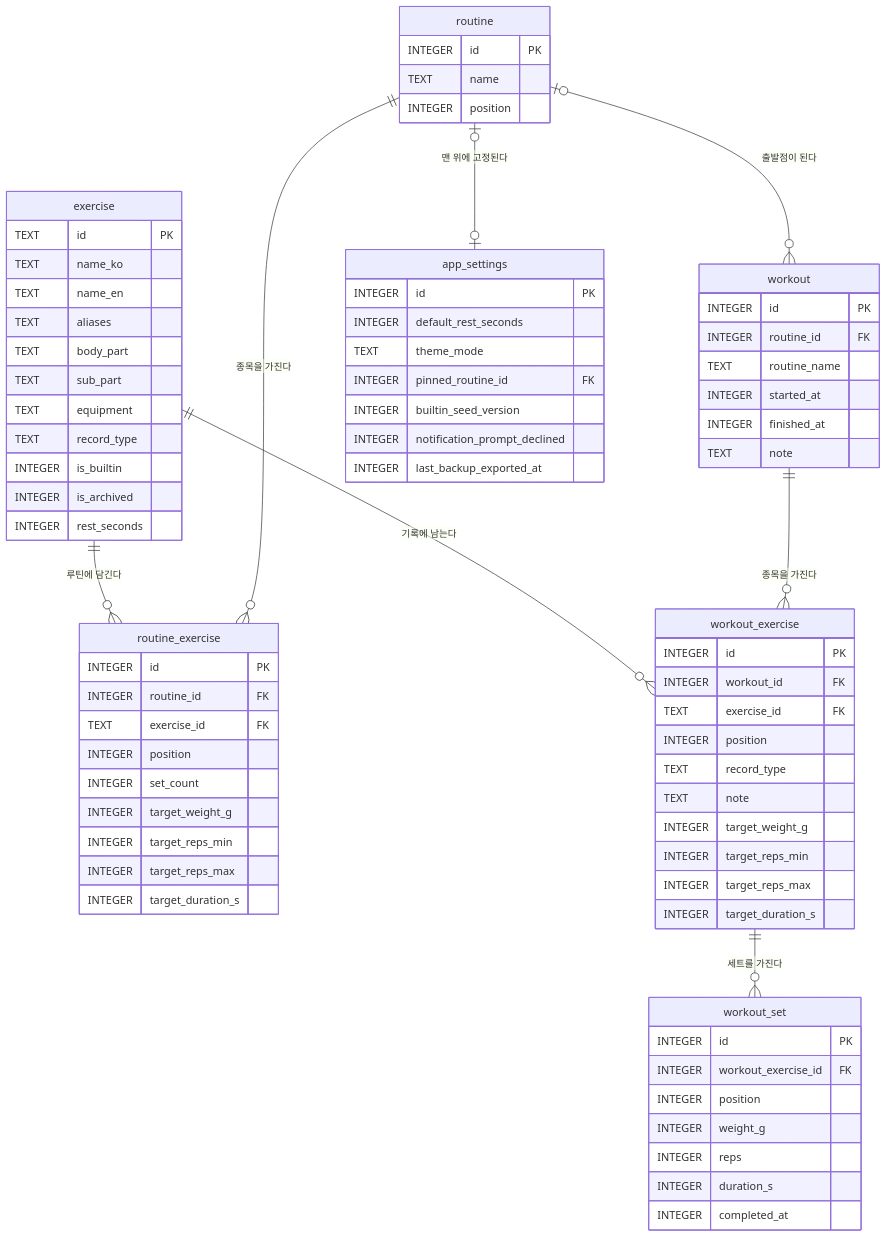
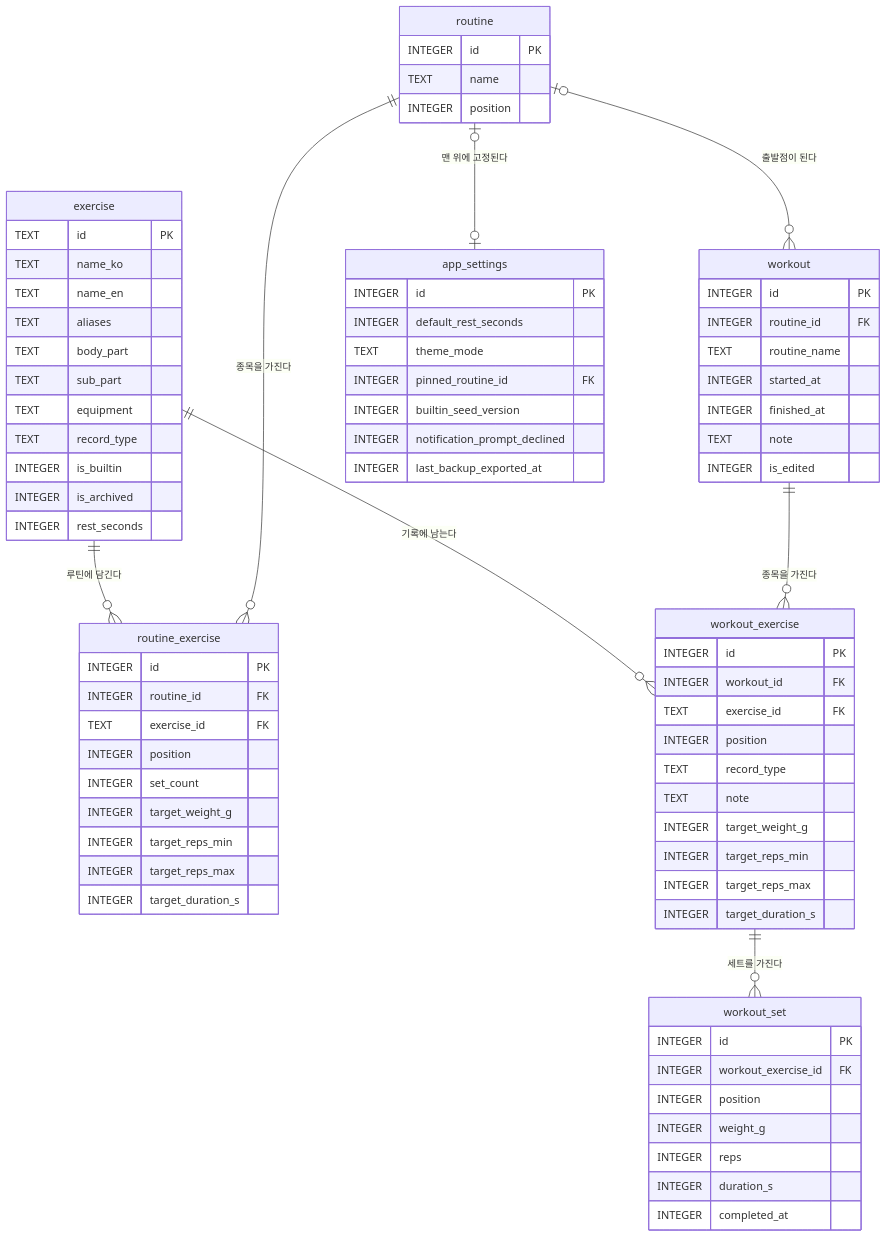
One commit to zzunsik/next-set changed the second of 2 diagrams in docs/architecture.md. Above: the diagram before and after it, drawn with Mermaid. The commit also changed other lines of this file and 17 other files, not shown here.

````diff
--- a/docs/architecture.md
+++ b/docs/architecture.md
@@ -329,78 +329,79 @@
 ```mermaid
 erDiagram
     exercise ||--o{ routine_exercise : "루틴에 담긴다"
     exercise ||--o{ workout_exercise : "기록에 남는다"
     routine ||--o{ routine_exercise : "종목을 가진다"
     routine |o--o{ workout : "출발점이 된다"
     routine |o--o| app_settings : "맨 위에 고정된다"
     workout ||--o{ workout_exercise : "종목을 가진다"
     workout_exercise ||--o{ workout_set : "세트를 가진다"
 
     exercise {
         TEXT id PK
         TEXT name_ko
         TEXT name_en
         TEXT aliases
         TEXT body_part
         TEXT sub_part
         TEXT equipment
         TEXT record_type
         INTEGER is_builtin
         INTEGER is_archived
         INTEGER rest_seconds
     }
     routine {
         INTEGER id PK
         TEXT name
         INTEGER position
     }
     routine_exercise {
         INTEGER id PK
         INTEGER routine_id FK
         TEXT exercise_id FK
         INTEGER position
         INTEGER set_count
         INTEGER target_weight_g
         INTEGER target_reps_min
         INTEGER target_reps_max
         INTEGER target_duration_s
     }
     workout {
         INTEGER id PK
         INTEGER routine_id FK
         TEXT routine_name
         INTEGER started_at
         INTEGER finished_at
         TEXT note
+        INTEGER is_edited
     }
     workout_exercise {
         INTEGER id PK
         INTEGER workout_id FK
         TEXT exercise_id FK
         INTEGER position
         TEXT record_type
         TEXT note
         INTEGER target_weight_g
         INTEGER target_reps_min
         INTEGER target_reps_max
         INTEGER target_duration_s
     }
     workout_set {
         INTEGER id PK
         INTEGER workout_exercise_id FK
         INTEGER position
         INTEGER weight_g
         INTEGER reps
         INTEGER duration_s
         INTEGER completed_at
     }
     app_settings {
         INTEGER id PK
         INTEGER default_rest_seconds
         TEXT theme_mode
         INTEGER pinned_routine_id FK
         INTEGER builtin_seed_version
         INTEGER notification_prompt_declined
         INTEGER last_backup_exported_at
     }
 ```
````
